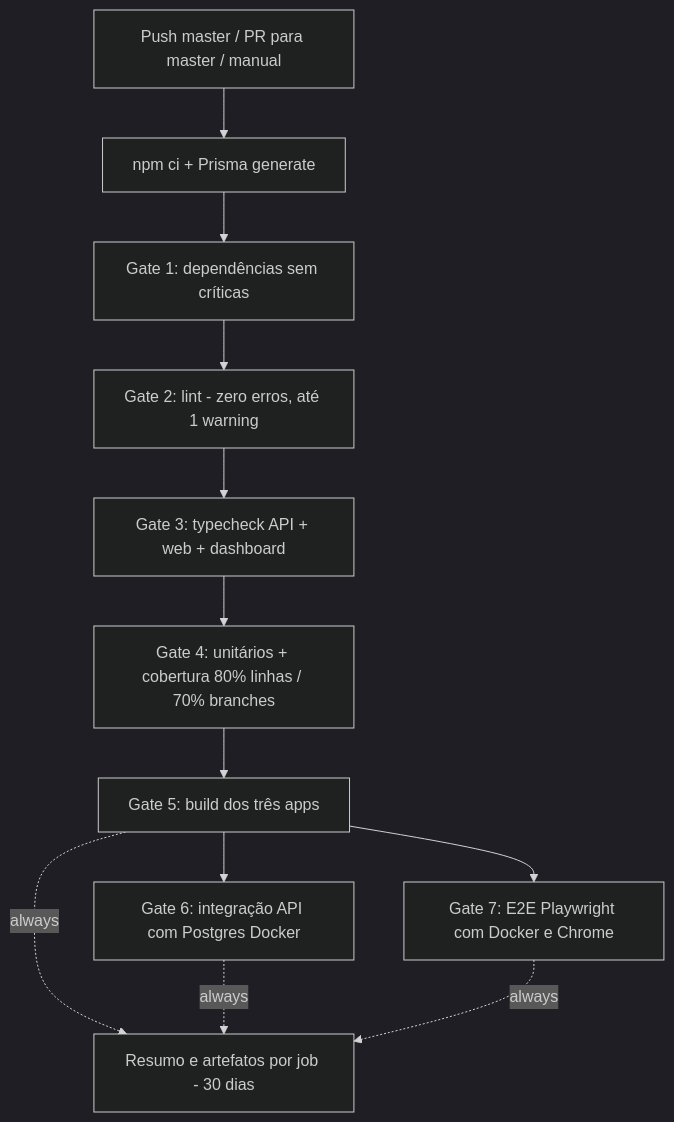
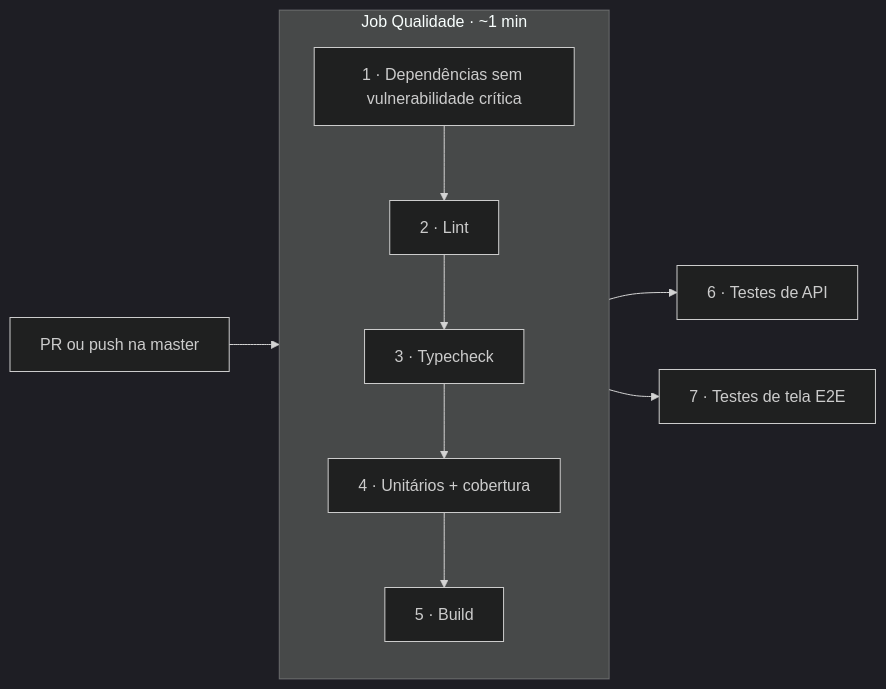
The second of 2 diagrams in README.md (yanmamede10/cardapio-digital), drawn with Mermaid (dark theme) before and after one commit. The commit also changed other lines of this file and 2 other files, not shown here.

First line of the commit message:
docs: novo README com apresentação do projeto e passo a passo para rodar localmente

````diff
--- a/README.md
+++ b/README.md
@@ -128,14 +257,13 @@
 ```mermaid
-flowchart TD
-  A[Push master / PR para master / manual] --> B[npm ci + Prisma generate]
-  B --> C[Gate 1: dependências sem críticas]
-  C --> D[Gate 2: lint - zero erros, até 1 warning]
-  D --> E[Gate 3: typecheck API + web + dashboard]
-  E --> F[Gate 4: unitários + cobertura 80% linhas / 70% branches]
-  F --> G[Gate 5: build dos três apps]
-  G --> H[Gate 6: integração API com Postgres Docker]
-  G --> I[Gate 7: E2E Playwright com Docker e Chrome]
-  G -. always .-> J[Resumo e artefatos por job - 30 dias]
-  H -. always .-> J
-  I -. always .-> J
+flowchart LR
+  A[PR ou push na master] --> Q
+  subgraph Q[Job Qualidade · ~1 min]
+    direction TB
+    G1[1 · Dependências sem vulnerabilidade crítica] --> G2[2 · Lint]
+    G2 --> G3[3 · Typecheck]
+    G3 --> G4[4 · Unitários + cobertura]
+    G4 --> G5[5 · Build]
+  end
+  Q --> G6[6 · Testes de API]
+  Q --> G7[7 · Testes de tela E2E]
 ```
````
